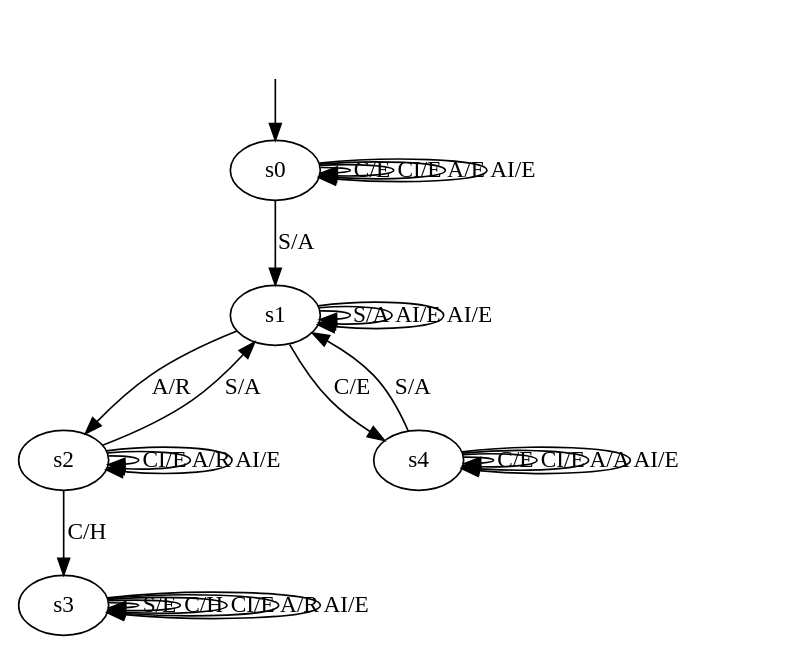
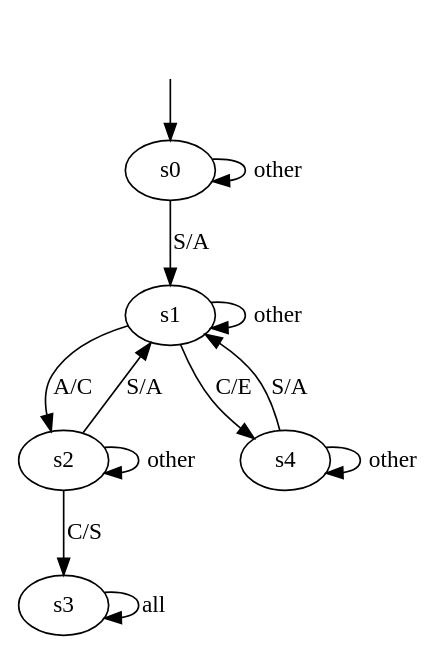
One commit to Harm-r/oidc-learning-based-fuzzing changed the diagram in learned_models/shib-modauth-simplified.dot. Above: the diagram before and after it, drawn with Graphviz. The commit also changed 52 other files, not shown here.

```diff
--- a/learned_models/shib-modauth-simplified.dot
+++ b/learned_models/shib-modauth-simplified.dot
@@ -1,34 +1,20 @@
 digraph "shib-modauth-simplified" {
 s0 [label="s0"];
 s1 [label="s1"];
 s2 [label="s2"];
 s3 [label="s3"];
 s4 [label="s4"];
 s0 -> s1 [label="S/A"];
-s0 -> s0 [label="C/E"];
-s0 -> s0 [label="CI/E"];
-s0 -> s0 [label="A/E"];
-s0 -> s0 [label="AI/E"];
-s1 -> s1 [label="S/A"];
+s0 -> s0 [label="other"];
+s1 -> s1 [label="other"];
 s1 -> s4 [label="C/E"];
-s1 -> s1 [label="AI/E"];
-s1 -> s2 [label="A/R"];
-s1 -> s1 [label="AI/E"];
+s1 -> s2 [label="A/C"];
 s2 -> s1 [label="S/A"];
-s2 -> s3 [label="C/H"];
-s2 -> s2 [label="CI/E"];
-s2 -> s2 [label="A/R"];
-s2 -> s2 [label="AI/E"];
-s3 -> s3 [label="S/E"];
-s3 -> s3 [label="C/H"];
-s3 -> s3 [label="CI/E"];
-s3 -> s3 [label="A/R"];
-s3 -> s3 [label="AI/E"];
+s2 -> s3 [label="C/S"];
+s2 -> s2 [label="other"];
+s3 -> s3 [label="all"];
 s4 -> s1 [label="S/A"];
-s4 -> s4 [label="C/E"];
-s4 -> s4 [label="CI/E"];
-s4 -> s4 [label="A/A"];
-s4 -> s4 [label="AI/E"];
+s4 -> s4 [label="other"];
 __start0 [shape=none, label=""];
 __start0 -> s0 [label=""];
 }
```
